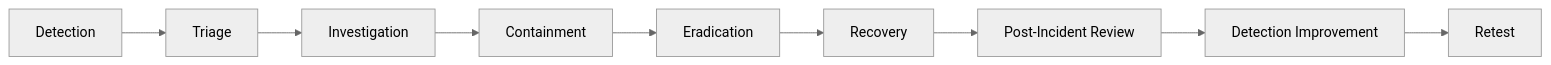
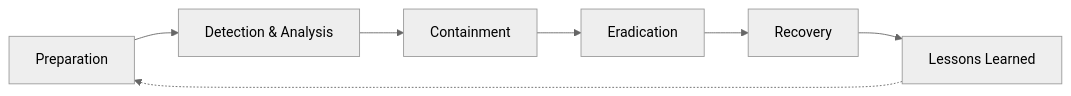
Before and after one commit to andyydz/sentinel-soc-lab: the diagram in docs/06-incident-response.md, drawn with Mermaid (neutral theme). The commit also changed other lines of this file, not shown here.

````diff
--- a/docs/06-incident-response.md
+++ b/docs/06-incident-response.md
@@ -533,11 +35,9 @@
 ```mermaid
 flowchart LR
-    D[Detection] --> T[Triage]
-    T --> I[Investigation]
-    I --> C[Containment]
+    P[Preparation] --> DA[Detection & Analysis]
+    DA --> C[Containment]
     C --> E[Eradication]
     E --> R[Recovery]
-    R --> P[Post-Incident Review]
-    P --> DI[Detection Improvement]
-    DI --> RT[Retest]
+    R --> L[Lessons Learned]
+    L -.-> P
 ```
````
